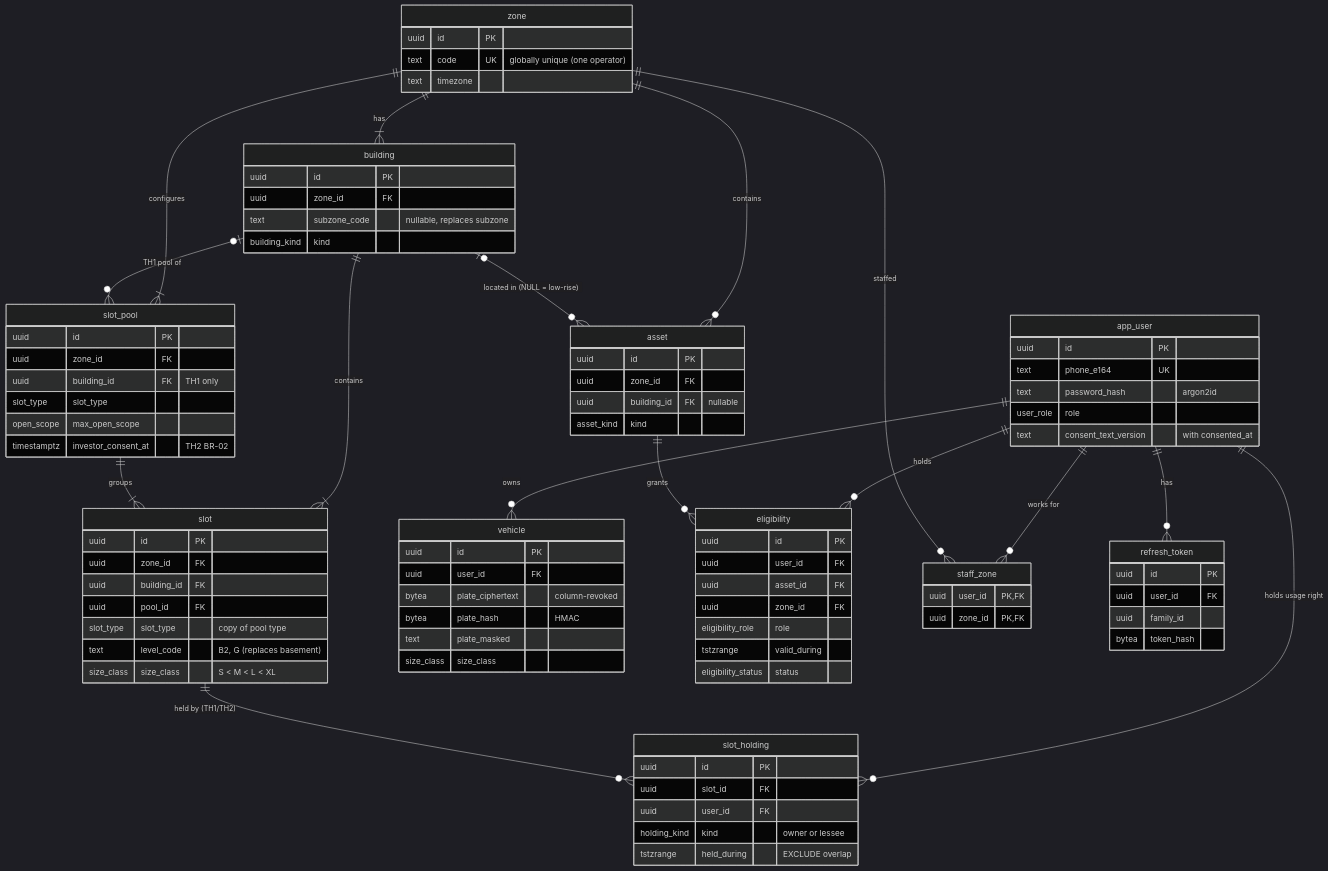
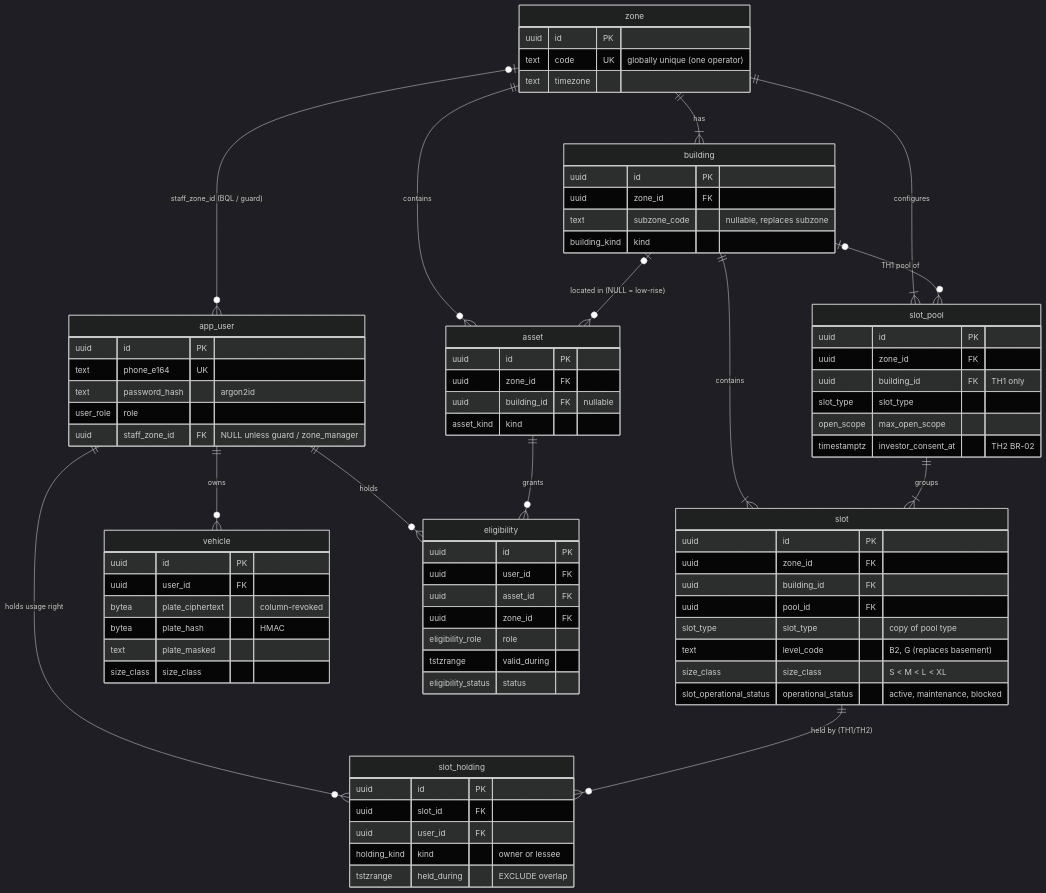
One commit to leewinie2104-lang/AITC-t-142 changed the first of 3 diagrams in docs/03-design/02-erd.md. Above: the diagram before and after it, drawn with Mermaid (dark theme). The commit also changed other lines of this file and 67 other files, not shown here.

First line of the commit message:
docs(database): trim MVP schema to 23 tables and adopt alt design ideas

````diff
--- a/docs/03-design/02-erd.md
+++ b/docs/03-design/02-erd.md
@@ -28,9 +29,7 @@
     building |o--o{ asset : "located in (NULL = low-rise)"
     app_user ||--o{ slot_holding : "holds usage right"
     slot ||--o{ slot_holding : "held by (TH1/TH2)"
-    app_user ||--o{ staff_zone : "works for"
-    zone ||--o{ staff_zone : staffed
-    app_user ||--o{ refresh_token : has
+    zone |o--o{ app_user : "staff_zone_id (BQL / guard)"
 
     zone {
         uuid id PK
@@ -59,13 +58,14 @@
         slot_type slot_type "copy of pool type"
         text level_code "B2, G (replaces basement)"
         size_class size_class "S < M < L < XL"
+        slot_operational_status operational_status "active, maintenance, blocked"
     }
     app_user {
         uuid id PK
         text phone_e164 UK
         text password_hash "argon2id"
         user_role role
-        text consent_text_version "with consented_at"
+        uuid staff_zone_id FK "NULL unless guard / zone_manager"
     }
     asset {
         uuid id PK
@@ -97,14 +97,4 @@
         text plate_masked
         size_class size_class
     }
-    staff_zone {
-        uuid user_id PK,FK
-        uuid zone_id PK,FK
-    }
-    refresh_token {
-        uuid id PK
-        uuid user_id FK
-        uuid family_id
-        bytea token_hash
-    }
 ```
````
